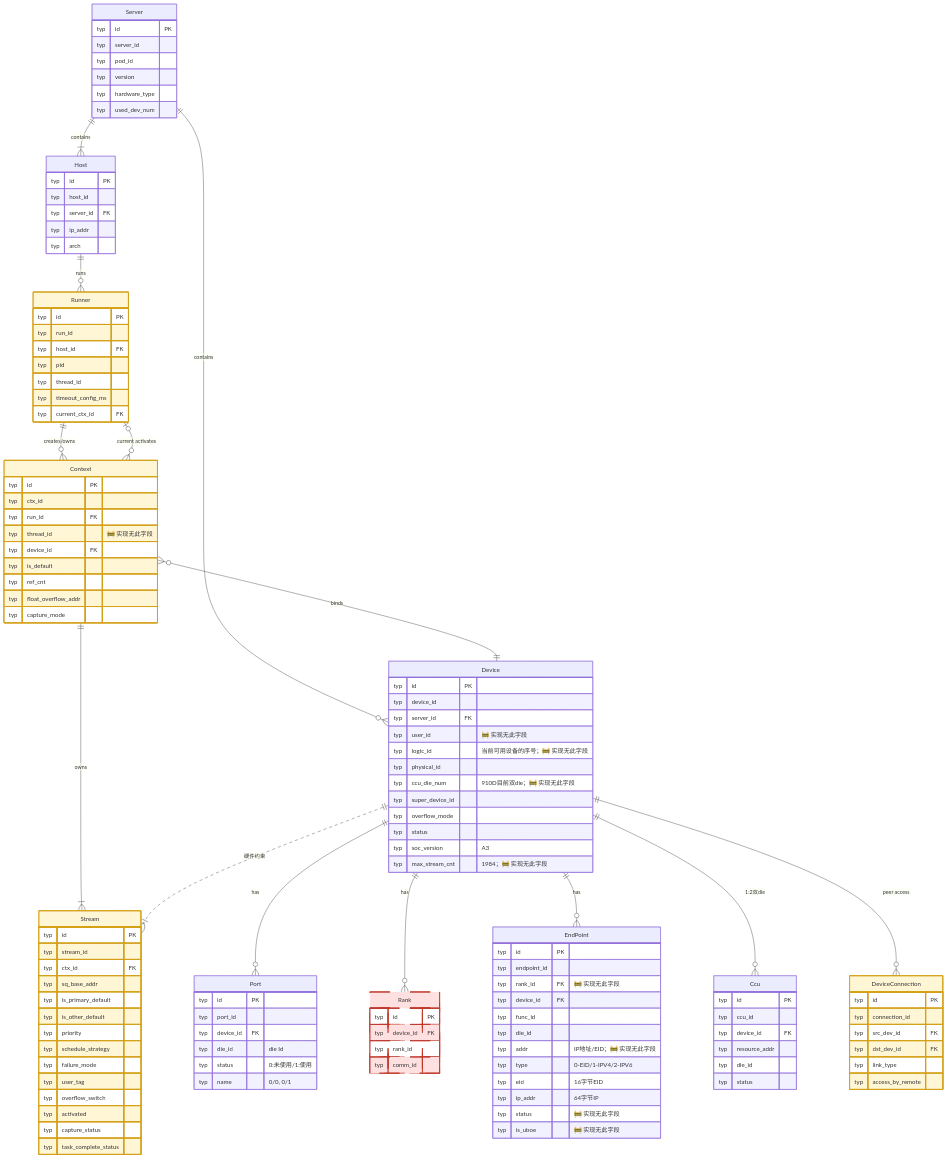
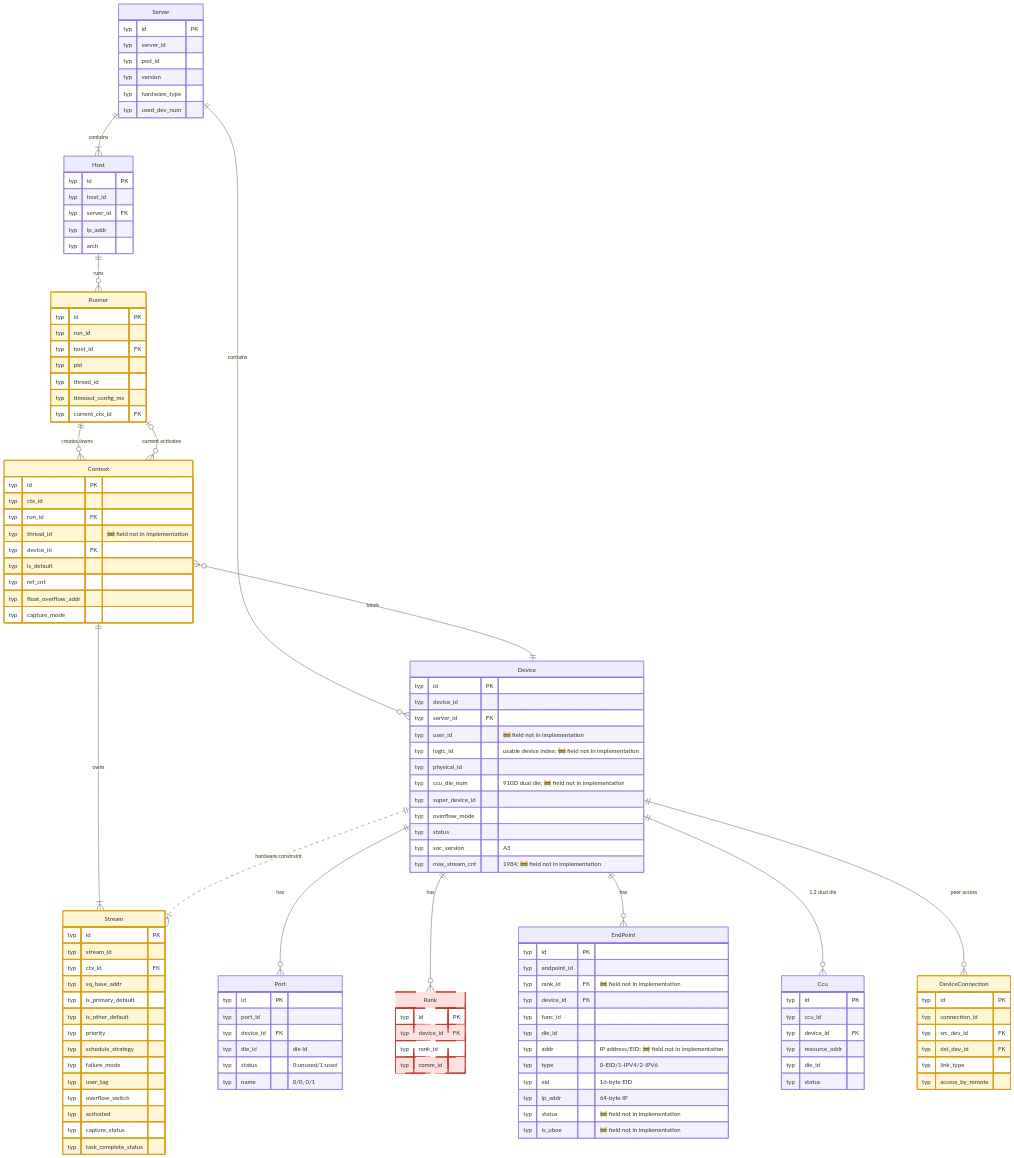
One commit to Atlas-Ascend-Fork/hcomm changed the third of 19 diagrams in test/hccl_vm/docs/simulator_runner_data_model_en.md. Above: the diagram before and after it, drawn with Mermaid. The commit also changed other lines of this file and 73 other files, not shown here.

````diff
--- a/test/hccl_vm/docs/simulator_runner_data_model_en.md
+++ b/test/hccl_vm/docs/simulator_runner_data_model_en.md
@@ -178,8 +178,8 @@
 ```mermaid
 erDiagram
     %% ==========================================
-    %% 第一层：物理拓扑层 (Server -> Host/Device)
-    %% 🧠 可进程私有：Context / Stream / DeviceConnection（仅 src/proxy 访问，cmd 仅转储）
+    %% Layer 1: Physical Topology Layer (Server -> Host/Device)
+    %% 🧠 Process-private candidates: Context / Stream / DeviceConnection (only src/proxy accesses; cmd only dumps)
     %% ==========================================
     Server {
         typ id PK
@@ -200,22 +200,22 @@
         typ id PK
         typ device_id
         typ server_id FK
-        typ user_id "🚧 实现无此字段"
-        typ logic_id "当前可用设备的序号；🚧 实现无此字段"
+        typ user_id "🚧 field not in implementation"
+        typ logic_id "usable device index; 🚧 field not in implementation"
         typ physical_id
-        typ ccu_die_num "910D目前双die；🚧 实现无此字段"
+        typ ccu_die_num "910D dual die; 🚧 field not in implementation"
         typ super_device_id
         typ overflow_mode
         typ status
         typ soc_version "A3"
-        typ max_stream_cnt "1984；🚧 实现无此字段"
+        typ max_stream_cnt "1984; 🚧 field not in implementation"
     }
-    %% 实现无 ccu_die_num（die 数见 §3.2）；max_stream_cnt 为能力值（aclrt_stream_stub.cc:287）
+    %% Implementation has no ccu_die_num (die count see §3.2); max_stream_cnt is a capability value (aclrt_stream_stub.cc:287)
     Server ||--|{ Host : contains
     Server ||--o{ Device : contains
 
     %% ==========================================
-    %% 第二层：进程与上下文层 (Runner -> Context -> Stream)
+    %% Layer 2: Process and Context Layer (Runner -> Context -> Stream)
     %% ==========================================
     Runner {
         typ id PK
@@ -230,14 +230,14 @@
         typ id PK
         typ ctx_id
         typ run_id FK
-        typ thread_id "🚧 实现无此字段"
+        typ thread_id "🚧 field not in implementation"
         typ device_id FK
         typ is_default
         typ ref_cnt
         typ float_overflow_addr
         typ capture_mode
     }
-    %% Context 实现无 thread_id（线程字段是 Runner.thread_id）；ref_cnt 为实现的引用计数
+    %% Context implementation has no thread_id (thread field is Runner.thread_id); ref_cnt is the implementation's reference count
     Stream {
         typ id PK
         typ stream_id
@@ -259,17 +259,17 @@
     Runner |o--o{ Context : "current activates"
     Context }o--|| Device : binds
     Context ||--|{ Stream : owns
-    Device ||..|{ Stream : "硬件约束"
+    Device ||..|{ Stream : "hardware constraint"
 
     %% ==========================================
-    %% 第三层：设备内部资源层 (Port/EndPoint/Ccu)
+    %% Layer 3: Device Internal Resource Layer (Port/EndPoint/Ccu)
     %% ==========================================
     Port {
         typ id PK
         typ port_id
         typ device_id FK
         typ die_id "die Id"
-        typ status "0:未使用/1:使用"
+        typ status "0:unused/1:used"
         typ name "0/0, 0/1"
     }
     Rank {
@@ -281,16 +281,16 @@
     EndPoint {
         typ id PK
         typ endpoint_id
-        typ rank_id FK "🚧 实现无此字段"
+        typ rank_id FK "🚧 field not in implementation"
         typ device_id FK
         typ func_id
         typ die_id
-        typ addr "IP地址/EID；🚧 实现无此字段"
+        typ addr "IP address/EID; 🚧 field not in implementation"
         typ type "0-EID/1-IPV4/2-IPV6"
-        typ eid "16字节EID"
-        typ ip_addr "64字节IP"
-        typ status "🚧 实现无此字段"
-        typ is_uboe "🚧 实现无此字段"
+        typ eid "16-byte EID"
+        typ ip_addr "64-byte IP"
+        typ status "🚧 field not in implementation"
+        typ is_uboe "🚧 field not in implementation"
     }
     Ccu {
         typ id PK
@@ -311,10 +311,10 @@
     Device ||--o{ Port : "has"
     Device ||--o{ Rank : "has"
     Device ||--o{ EndPoint : "has"
-    Device ||--o{ Ccu : "1:2双die"
+    Device ||--o{ Ccu : "1:2 dual die"
     Device ||--o{ DeviceConnection : "peer access"
 
-    %% 图例：🟥 未实现（全仓无同名实体）　🟨 仅本进程/转储访问　无色 有跨进程消费
+    %% Legend: 🟥 unimplemented (no entity with same name in repo) 🟨 in-process/dump access only  No color = has cross-process consumer
     classDef unimplemented fill:#ffe0e0,stroke:#c0392b,stroke-width:2px,stroke-dasharray:5 3
     classDef inproc fill:#fff6d6,stroke:#d4a017,stroke-width:2px
     class Rank unimplemented
````
